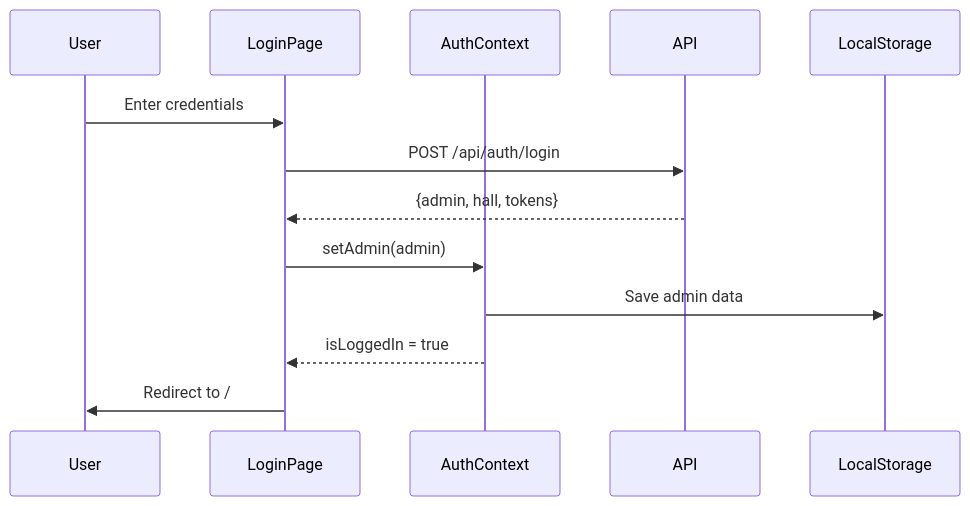
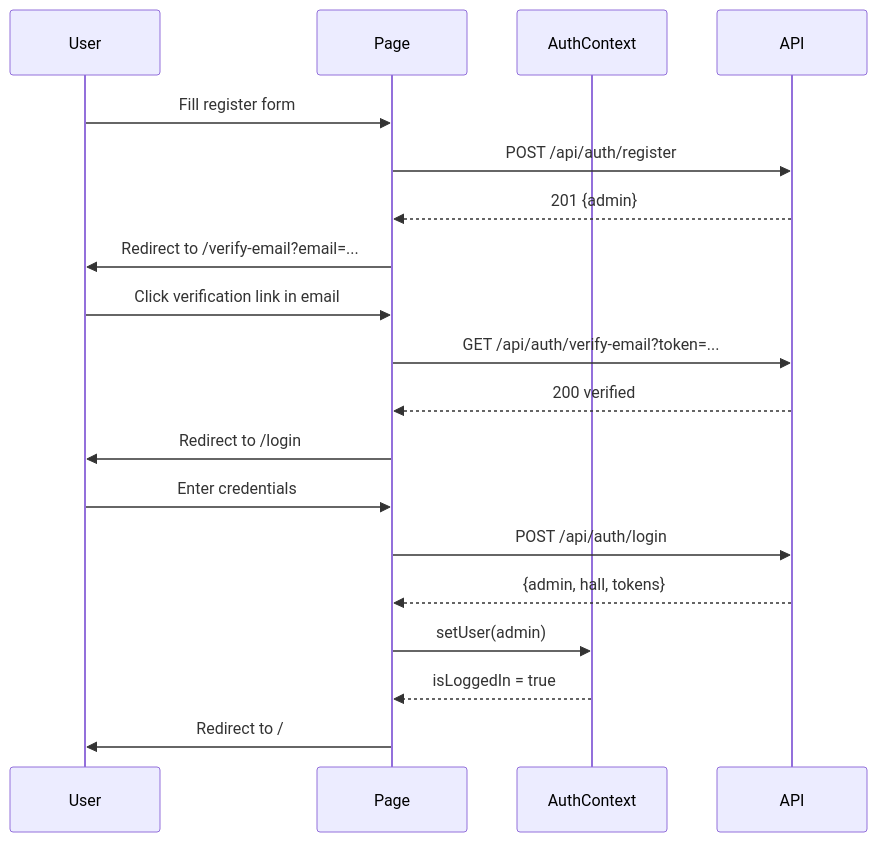
The third of 17 diagrams in admin.md (hduraimurugan/cinema-app-docs), drawn with Mermaid before and after one commit. The commit also changed other lines of this file and 2 other files, not shown here.

First line of the commit message:
feat: Implement Admin Auth Security Upgrade

````diff
--- a/admin.md
+++ b/admin.md
@@ -100,16 +107,24 @@
 ```mermaid
 sequenceDiagram
     participant User
-    participant LoginPage
+    participant Page
     participant AuthContext
     participant API
-    participant LocalStorage
 
-    User->>LoginPage: Enter credentials
-    LoginPage->>API: POST /api/auth/login
-    API-->>LoginPage: {admin, hall, tokens}
-    LoginPage->>AuthContext: setAdmin(admin)
-    AuthContext->>LocalStorage: Save admin data
-    AuthContext-->>LoginPage: isLoggedIn = true
-    LoginPage->>User: Redirect to /
+    User->>Page: Fill register form
+    Page->>API: POST /api/auth/register
+    API-->>Page: 201 {admin}
+    Page->>User: Redirect to /verify-email?email=...
+
+    User->>Page: Click verification link in email
+    Page->>API: GET /api/auth/verify-email?token=...
+    API-->>Page: 200 verified
+    Page->>User: Redirect to /login
+
+    User->>Page: Enter credentials
+    Page->>API: POST /api/auth/login
+    API-->>Page: {admin, hall, tokens}
+    Page->>AuthContext: setUser(admin)
+    AuthContext-->>Page: isLoggedIn = true
+    Page->>User: Redirect to /
 ```
````
